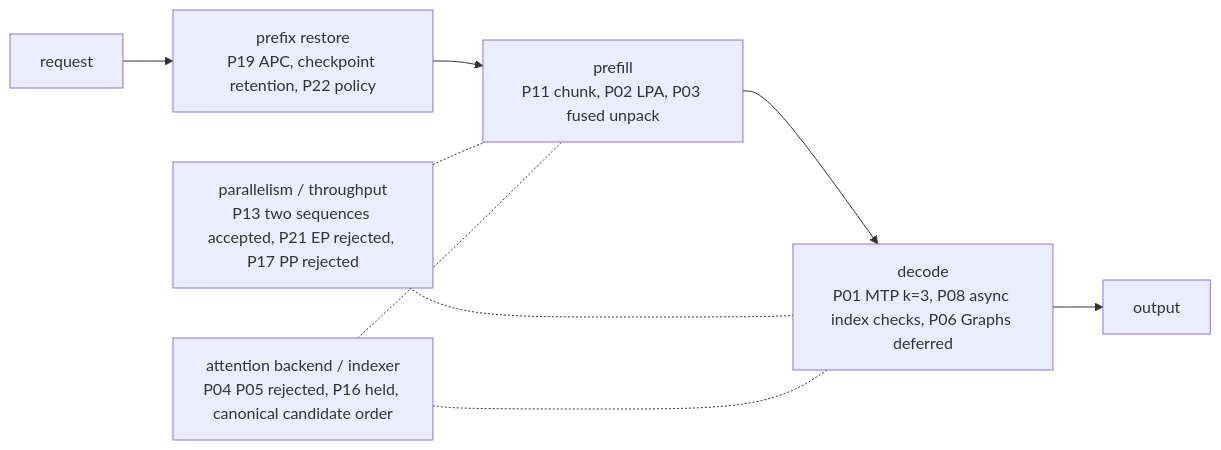
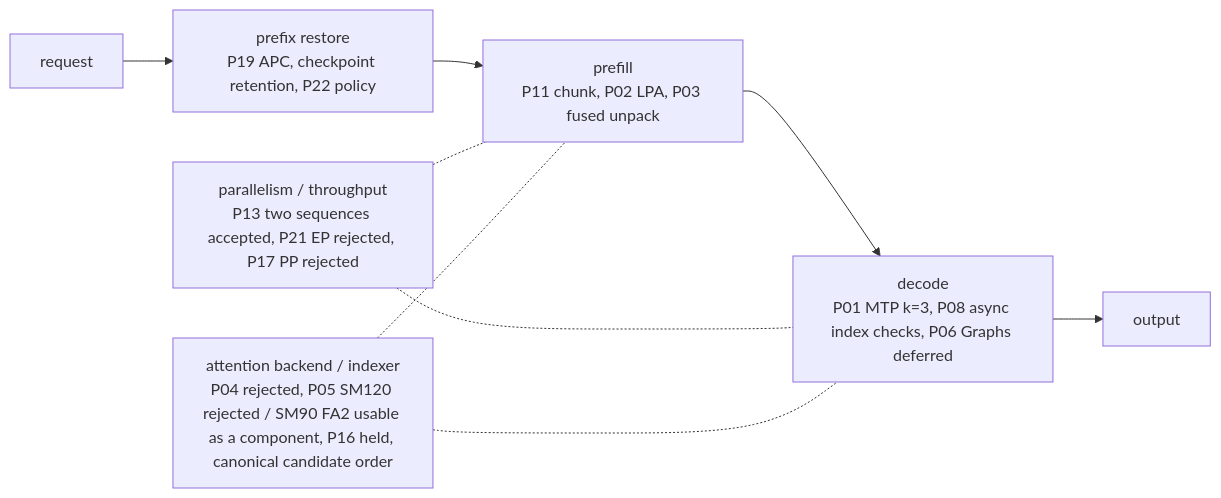
The diagram in docs/optimization-overview.md (Bizuayeu/GLM-5.3-Flash-NVFP4-2x-DGX-Sparks-BIZ), drawn with Mermaid before and after one commit. The commit also changed other lines of this file and 35 other files, not shown here.

````diff
--- a/docs/optimization-overview.md
+++ b/docs/optimization-overview.md
@@ -13,11 +13,11 @@
 ```mermaid
 flowchart LR
     R[request] --> A[prefix restore<br/>P19 APC, checkpoint retention, P22 policy]
     A --> P[prefill<br/>P11 chunk, P02 LPA, P03 fused unpack]
     P --> D[decode<br/>P01 MTP k=3, P08 async index checks, P06 Graphs deferred]
     D --> O[output]
     S[parallelism / throughput<br/>P13 two sequences accepted, P21 EP rejected, P17 PP rejected] -.- P
     S -.- D
-    B[attention backend / indexer<br/>P04 P05 rejected, P16 held, canonical candidate order] -.- P
+    B[attention backend / indexer<br/>P04 rejected, P05 SM120 rejected / SM90 FA2 usable as a component, P16 held, canonical candidate order] -.- P
     B -.- D
 ```
````
